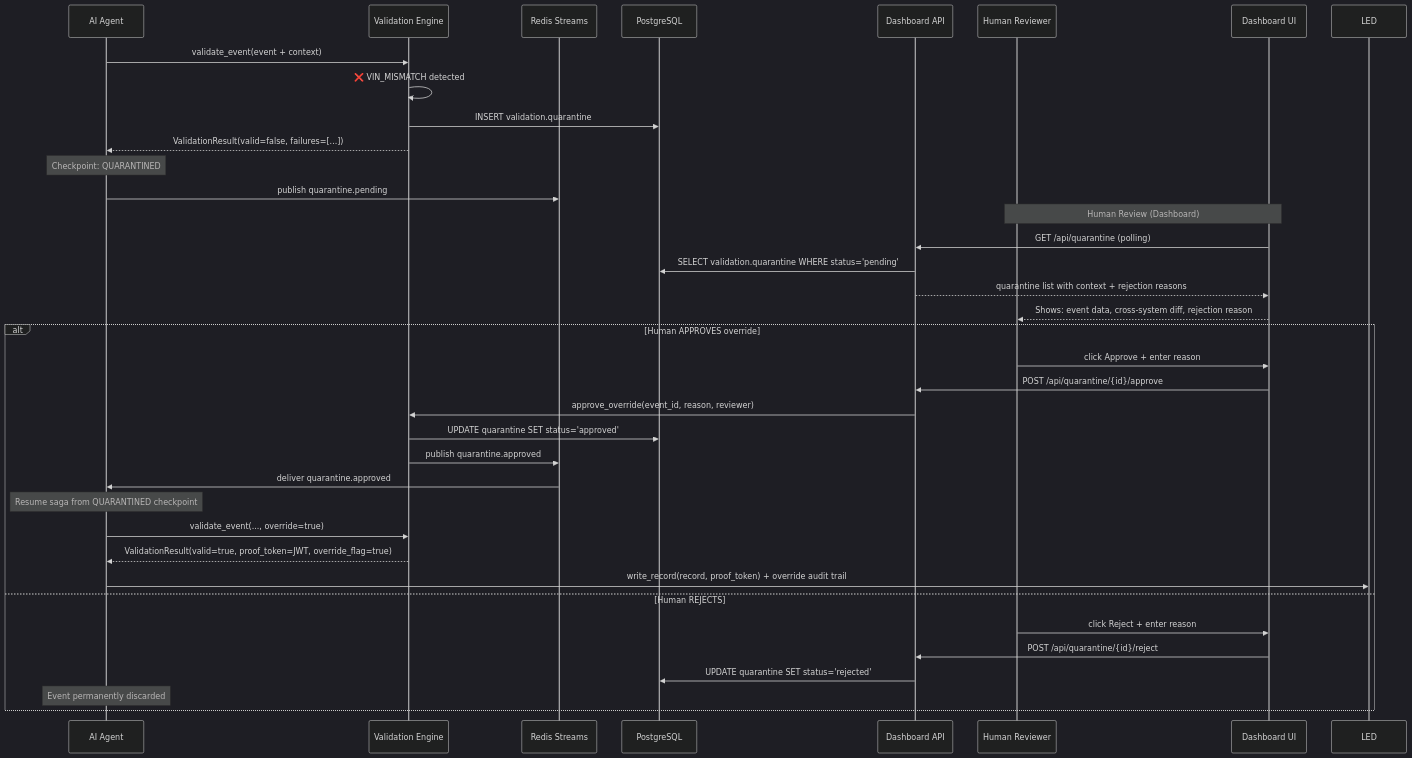
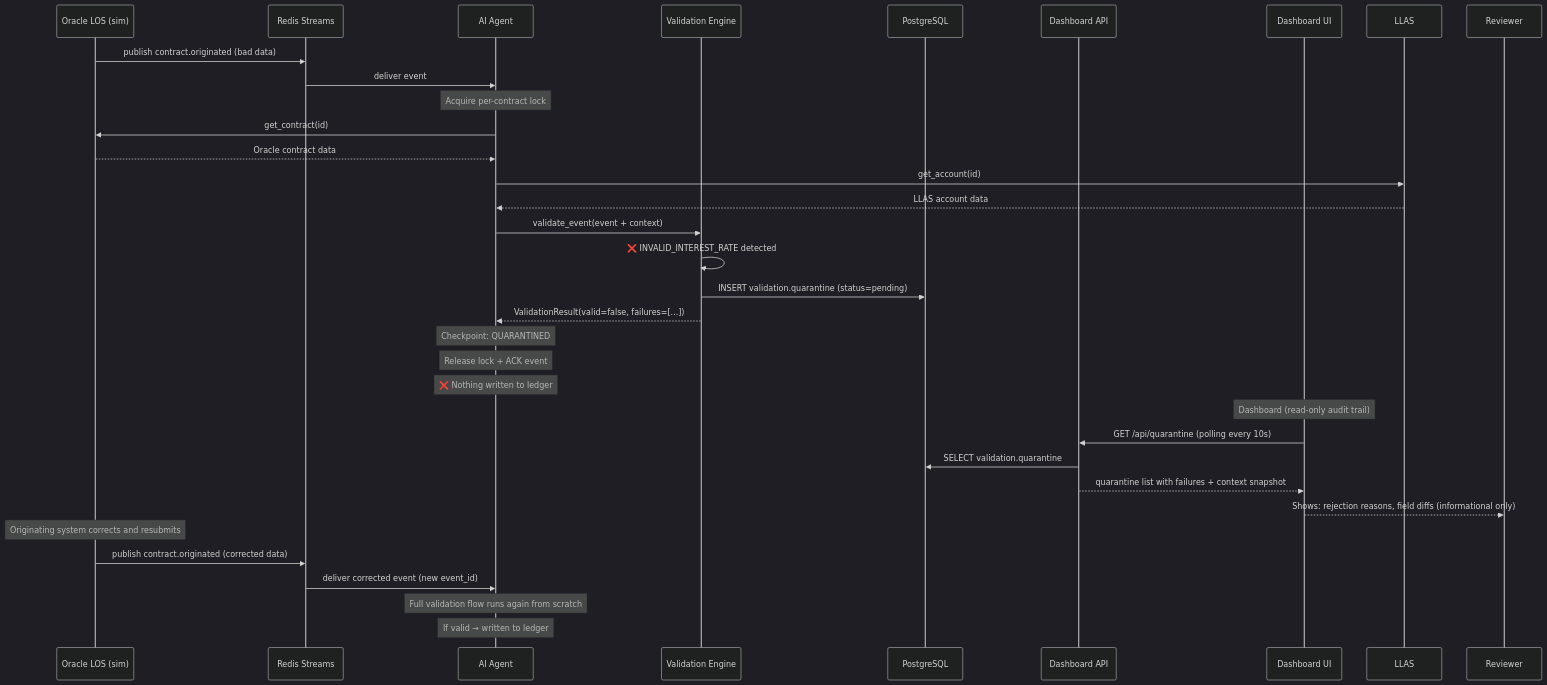
The fourth of 10 diagrams in docs/ARCHITECTURE.md (rame10566/smartledger), drawn with Mermaid (dark theme) before and after one commit. The commit also changed other lines of this file and 3 other files, not shown here.

````diff
--- a/docs/ARCHITECTURE.md
+++ b/docs/ARCHITECTURE.md
@@ -159,43 +164,40 @@
 ```mermaid
 sequenceDiagram
+    participant OL as Oracle LOS (sim)
+    participant Bus as Redis Streams
     participant Agent as AI Agent
     participant VAL as Validation Engine
-    participant Bus as Redis Streams
     participant PG as PostgreSQL
     participant DA as Dashboard API
-    participant HU as Human Reviewer
     participant UI as Dashboard UI
 
+    OL->>Bus: publish contract.originated (bad data)
+    Bus->>Agent: deliver event
+
+    Note over Agent: Acquire per-contract lock
+    Agent->>OL: get_contract(id)
+    OL-->>Agent: Oracle contract data
+    Agent->>LLAS: get_account(id)
+    LLAS-->>Agent: LLAS account data
+
     Agent->>VAL: validate_event(event + context)
-    VAL->>VAL: ❌ VIN_MISMATCH detected
-    VAL->>PG: INSERT validation.quarantine
+    VAL->>VAL: ❌ INVALID_INTEREST_RATE detected
+    VAL->>PG: INSERT validation.quarantine (status=pending)
     VAL-->>Agent: ValidationResult(valid=false, failures=[...])
 
     Note over Agent: Checkpoint: QUARANTINED
-    Agent->>Bus: publish quarantine.pending
+    Note over Agent: Release lock + ACK event
+    Note over Agent: ❌ Nothing written to ledger
 
-    Note over HU,UI: Human Review (Dashboard)
-    UI->>DA: GET /api/quarantine (polling)
-    DA->>PG: SELECT validation.quarantine WHERE status='pending'
-    DA-->>UI: quarantine list with context + rejection reasons
-    UI-->>HU: Shows: event data, cross-system diff, rejection reason
+    Note over UI: Dashboard (read-only audit trail)
+    UI->>DA: GET /api/quarantine (polling every 10s)
+    DA->>PG: SELECT validation.quarantine
+    DA-->>UI: quarantine list with failures + context snapshot
+    UI-->>Reviewer: Shows: rejection reasons, field diffs (informational only)
 
-    alt Human APPROVES override
-        HU->>UI: click Approve + enter reason
-        UI->>DA: POST /api/quarantine/{id}/approve
-        DA->>VAL: approve_override(event_id, reason, reviewer)
-        VAL->>PG: UPDATE quarantine SET status='approved'
-        VAL->>Bus: publish quarantine.approved
-
-        Bus->>Agent: deliver quarantine.approved
-        Note over Agent: Resume saga from QUARANTINED checkpoint
-        Agent->>VAL: validate_event(..., override=true)
-        VAL-->>Agent: ValidationResult(valid=true, proof_token=JWT, override_flag=true)
-        Agent->>LED: write_record(record, proof_token) + override audit trail
-    else Human REJECTS
-        HU->>UI: click Reject + enter reason
-        UI->>DA: POST /api/quarantine/{id}/reject
-        DA->>PG: UPDATE quarantine SET status='rejected'
-        Note over Agent: Event permanently discarded
-    end
+    Note over OL: Originating system corrects and resubmits
+    OL->>Bus: publish contract.originated (corrected data)
+    Bus->>Agent: deliver corrected event (new event_id)
+    Note over Agent: Full validation flow runs again from scratch
+    Note over Agent: If valid → written to ledger
 ```
````
